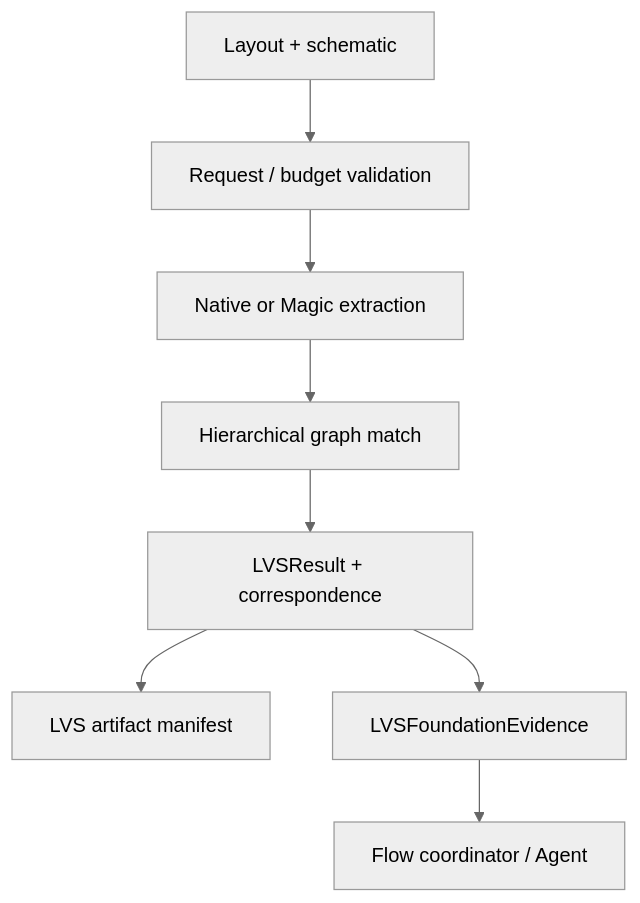
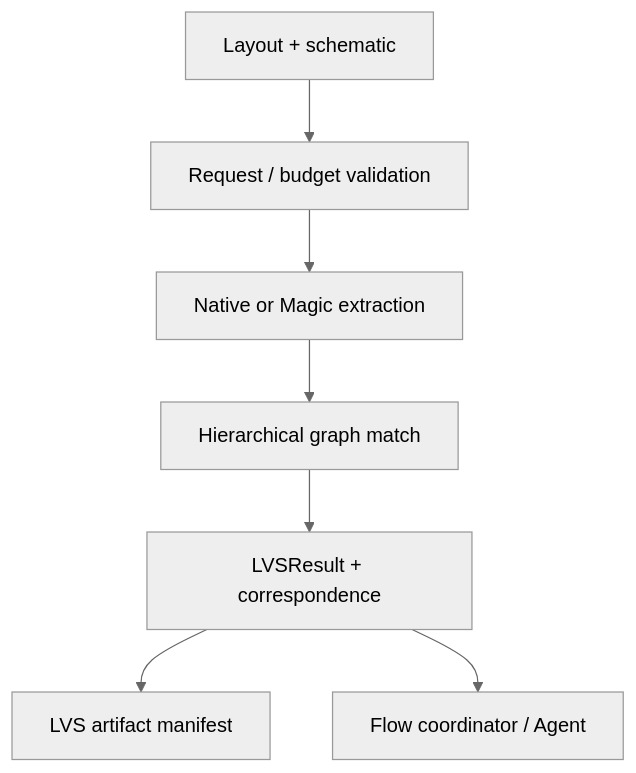
The diagram in DESIGN.md (1amageek/LVSEngine), drawn with Mermaid (neutral theme) before and after one commit. The commit also changed other lines of this file and 10 other files, not shown here.

````diff
--- a/DESIGN.md
+++ b/DESIGN.md
@@ -9,10 +9,9 @@
 ```mermaid
 flowchart TD
     Input["Layout + schematic"] --> Validate["Request / budget validation"]
     Validate --> Extract["Native or Magic extraction"]
     Extract --> Match["Hierarchical graph match"]
     Match --> Domain["LVSResult + correspondence"]
     Domain --> Persist["LVS artifact manifest"]
-    Domain --> Boundary["LVSFoundationEvidence"]
-    Boundary --> Flow["Flow coordinator / Agent"]
+    Domain --> Flow["Flow coordinator / Agent"]
 ```
````
